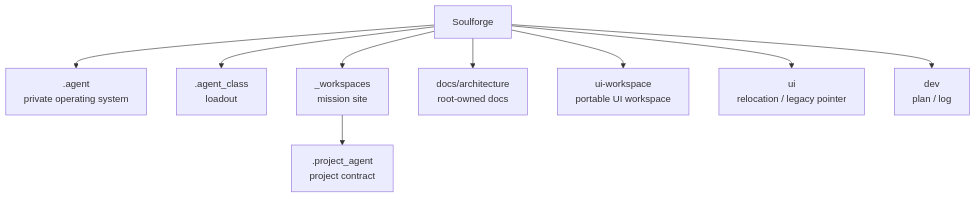
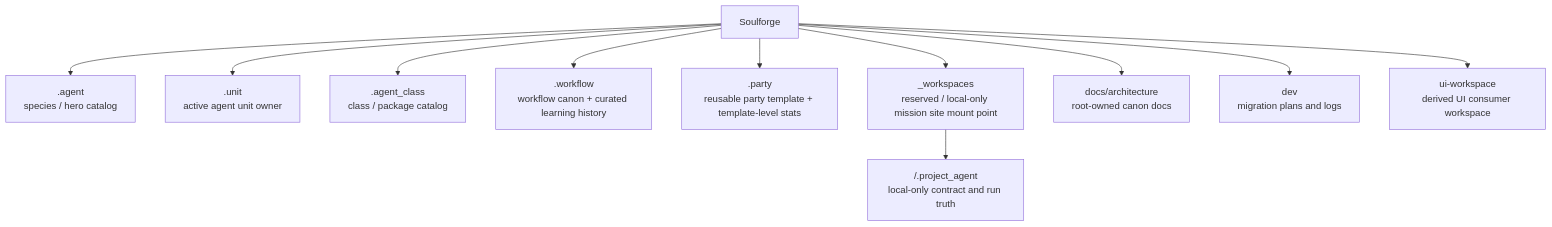
One commit to SungYongMOON/soulforge changed the diagram in README.md. Above: the diagram before and after it, drawn with Mermaid. The commit also changed other lines of this file and 62 other files, not shown here.

````diff
--- a/README.md
+++ b/README.md
@@ -14,11 +18,13 @@
 ```mermaid
 flowchart TD
-  S["Soulforge"] --> B[".agent<br/>private operating system"]
-  S --> C[".agent_class<br/>loadout"]
-  S --> W["_workspaces<br/>mission site"]
-  S --> D["docs/architecture<br/>root-owned docs"]
-  S --> U["ui-workspace<br/>portable UI workspace"]
-  S --> V2["ui<br/>relocation / legacy pointer"]
-  S --> V["dev<br/>plan / log"]
-  W --> P[".project_agent<br/>project contract"]
+  S["Soulforge"] --> A[".agent<br/>species / hero catalog"]
+  S --> U[".unit<br/>active agent unit owner"]
+  S --> C[".agent_class<br/>class / package catalog"]
+  S --> W[".workflow<br/>workflow canon + curated learning history"]
+  S --> P[".party<br/>reusable party template + template-level stats"]
+  S --> M["_workspaces<br/>reserved / local-only mission site mount point"]
+  S --> D["docs/architecture<br/>root-owned canon docs"]
+  S --> V["dev<br/>migration plans and logs"]
+  S --> UI["ui-workspace<br/>derived UI consumer workspace"]
+  M --> PA["<project_code>/.project_agent<br/>local-only contract and run truth"]
 ```
````
